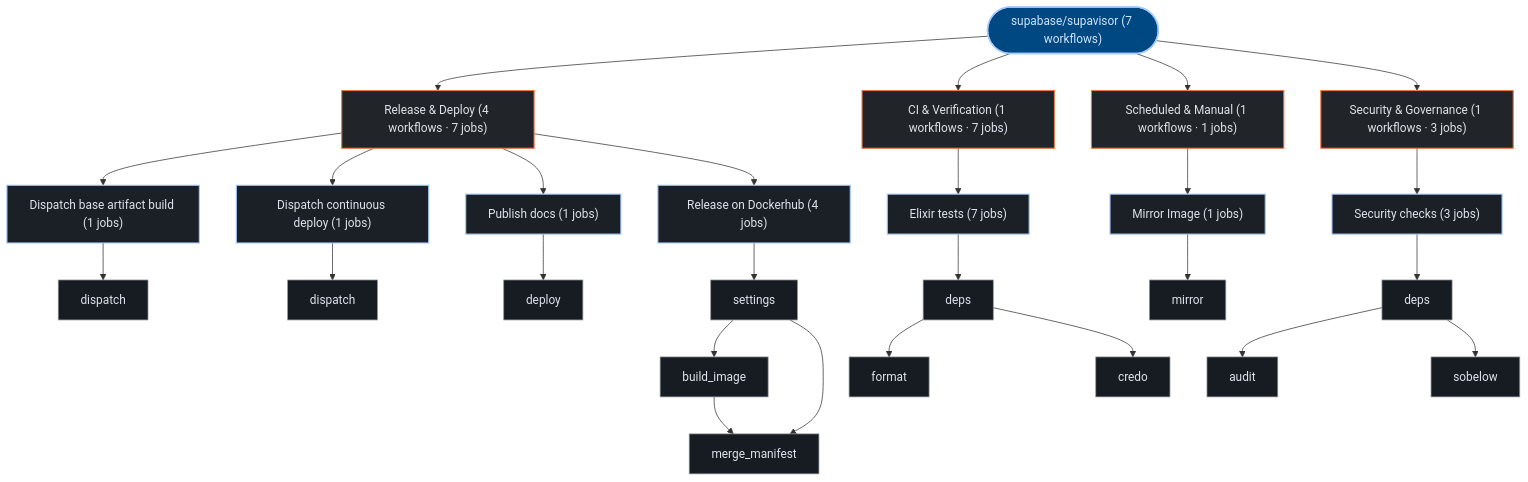
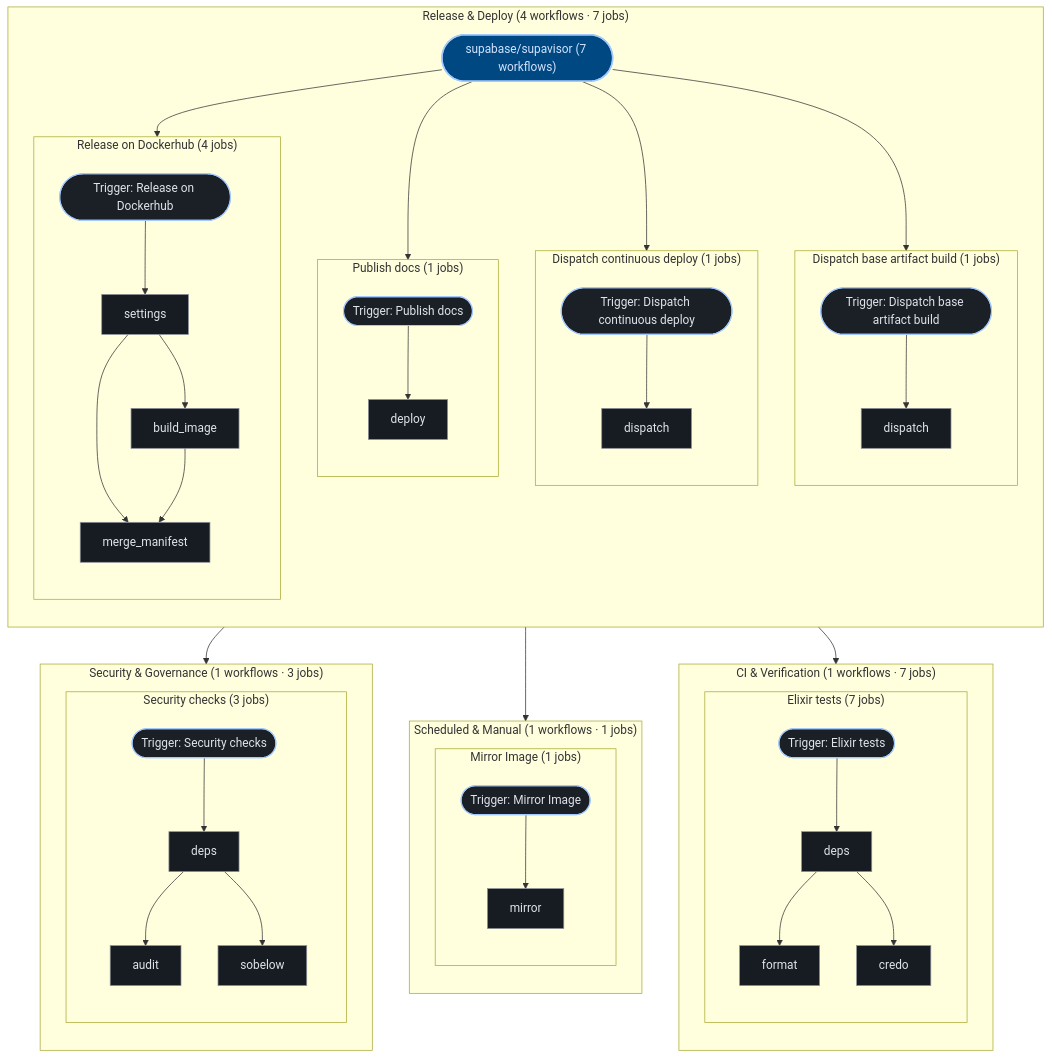
Before and after one commit to kumarshaz/atruss-code-atlas: the third of 3 diagrams in exports/latest/reports/supabase-supavisor-report.md, drawn with Mermaid. The commit also changed 181 other files, not shown here.

````diff
--- a/exports/latest/reports/supabase-supavisor-report.md
+++ b/exports/latest/reports/supabase-supavisor-report.md
@@ -314,53 +314,78 @@
   classDef atlasAlert fill:#93000a,stroke:#ffb4ab,stroke-width:1.5px,color:#ffdad6
   classDef atlasMore fill:#252a31,stroke:#8d9199,stroke-dasharray:4 4,color:#c3c6cf
   pipeline_root(["supabase/supavisor (7 workflows)"]):::atlasRoot
-  grp_0_Release___Deploy["Release & Deploy (4 workflows · 7 jobs)"]:::atlasCategory
-  pipeline_root --> grp_0_Release___Deploy
-  wf_0_Dispatch_base_artifact_build["Dispatch base artifact build (1 jobs)"]:::atlasWorkflow
-  grp_0_Release___Deploy --> wf_0_Dispatch_base_artifact_build
-  job_0_dispatch["dispatch"]:::atlasJob
-  wf_0_Dispatch_base_artifact_build --> job_0_dispatch
-  wf_1_Dispatch_continuous_deploy["Dispatch continuous deploy (1 jobs)"]:::atlasWorkflow
-  grp_0_Release___Deploy --> wf_1_Dispatch_continuous_deploy
-  job_1_dispatch["dispatch"]:::atlasJob
-  wf_1_Dispatch_continuous_deploy --> job_1_dispatch
-  wf_2_Publish_docs["Publish docs (1 jobs)"]:::atlasWorkflow
-  grp_0_Release___Deploy --> wf_2_Publish_docs
-  job_2_deploy["deploy"]:::atlasJob
-  wf_2_Publish_docs --> job_2_deploy
-  wf_5_Release_on_Dockerhub["Release on Dockerhub (4 jobs)"]:::atlasWorkflow
-  grp_0_Release___Deploy --> wf_5_Release_on_Dockerhub
-  job_5_settings["settings"]:::atlasJob
-  job_5_build_image["build_image"]:::atlasJob
-  job_5_merge_manifest["merge_manifest"]:::atlasJob
-  wf_5_Release_on_Dockerhub --> job_5_settings
-  job_5_settings --> job_5_build_image
-  job_5_settings --> job_5_merge_manifest
-  job_5_build_image --> job_5_merge_manifest
-  grp_1_CI___Verification["CI & Verification (1 workflows · 7 jobs)"]:::atlasCategory
-  pipeline_root --> grp_1_CI___Verification
-  wf_3_Elixir_tests["Elixir tests (7 jobs)"]:::atlasWorkflow
-  grp_1_CI___Verification --> wf_3_Elixir_tests
-  job_3_deps["deps"]:::atlasJob
-  job_3_format["format"]:::atlasJob
-  job_3_credo["credo"]:::atlasJob
-  wf_3_Elixir_tests --> job_3_deps
-  job_3_deps --> job_3_format
-  job_3_deps --> job_3_credo
-  grp_2_Scheduled___Manual["Scheduled & Manual (1 workflows · 1 jobs)"]:::atlasCategory
-  pipeline_root --> grp_2_Scheduled___Manual
-  wf_4_Mirror_Image["Mirror Image (1 jobs)"]:::atlasWorkflow
-  grp_2_Scheduled___Manual --> wf_4_Mirror_Image
-  job_4_mirror["mirror"]:::atlasJob
-  wf_4_Mirror_Image --> job_4_mirror
-  grp_3_Security___Governance["Security & Governance (1 workflows · 3 jobs)"]:::atlasCategory
-  pipeline_root --> grp_3_Security___Governance
-  wf_6_Security_checks["Security checks (3 jobs)"]:::atlasWorkflow
-  grp_3_Security___Governance --> wf_6_Security_checks
-  job_6_deps["deps"]:::atlasJob
-  job_6_audit["audit"]:::atlasJob
-  job_6_sobelow["sobelow"]:::atlasJob
-  wf_6_Security_checks --> job_6_deps
-  job_6_deps --> job_6_audit
-  job_6_deps --> job_6_sobelow
+  subgraph sg_grp_0_Release___Deploy["Release & Deploy (4 workflows · 7 jobs)"]
+    direction TB
+    subgraph sg_wf_0_Dispatch_base_artifact_build["Dispatch base artifact build (1 jobs)"]
+      direction TB
+      wf_0_Dispatch_base_artifact_build(["Trigger: Dispatch base artifact build"]):::atlasWorkflow
+      job_0_dispatch["dispatch"]:::atlasJob
+      wf_0_Dispatch_base_artifact_build --> job_0_dispatch
+    end
+    pipeline_root --> wf_0_Dispatch_base_artifact_build
+    subgraph sg_wf_1_Dispatch_continuous_deploy["Dispatch continuous deploy (1 jobs)"]
+      direction TB
+      wf_1_Dispatch_continuous_deploy(["Trigger: Dispatch continuous deploy"]):::atlasWorkflow
+      job_1_dispatch["dispatch"]:::atlasJob
+      wf_1_Dispatch_continuous_deploy --> job_1_dispatch
+    end
+    pipeline_root --> wf_1_Dispatch_continuous_deploy
+    subgraph sg_wf_2_Publish_docs["Publish docs (1 jobs)"]
+      direction TB
+      wf_2_Publish_docs(["Trigger: Publish docs"]):::atlasWorkflow
+      job_2_deploy["deploy"]:::atlasJob
+      wf_2_Publish_docs --> job_2_deploy
+    end
+    pipeline_root --> wf_2_Publish_docs
+    subgraph sg_wf_5_Release_on_Dockerhub["Release on Dockerhub (4 jobs)"]
+      direction TB
+      wf_5_Release_on_Dockerhub(["Trigger: Release on Dockerhub"]):::atlasWorkflow
+      job_5_settings["settings"]:::atlasJob
+      job_5_build_image["build_image"]:::atlasJob
+      job_5_merge_manifest["merge_manifest"]:::atlasJob
+      wf_5_Release_on_Dockerhub --> job_5_settings
+      job_5_settings --> job_5_build_image
+      job_5_settings --> job_5_merge_manifest
+      job_5_build_image --> job_5_merge_manifest
+    end
+    pipeline_root --> wf_5_Release_on_Dockerhub
+  end
+  subgraph sg_grp_1_CI___Verification["CI & Verification (1 workflows · 7 jobs)"]
+    direction TB
+    subgraph sg_wf_3_Elixir_tests["Elixir tests (7 jobs)"]
+      direction TB
+      wf_3_Elixir_tests(["Trigger: Elixir tests"]):::atlasWorkflow
+      job_3_deps["deps"]:::atlasJob
+      job_3_format["format"]:::atlasJob
+      job_3_credo["credo"]:::atlasJob
+      wf_3_Elixir_tests --> job_3_deps
+      job_3_deps --> job_3_format
+      job_3_deps --> job_3_credo
+    end
+    pipeline_root --> wf_3_Elixir_tests
+  end
+  subgraph sg_grp_2_Scheduled___Manual["Scheduled & Manual (1 workflows · 1 jobs)"]
+    direction TB
+    subgraph sg_wf_4_Mirror_Image["Mirror Image (1 jobs)"]
+      direction TB
+      wf_4_Mirror_Image(["Trigger: Mirror Image"]):::atlasWorkflow
+      job_4_mirror["mirror"]:::atlasJob
+      wf_4_Mirror_Image --> job_4_mirror
+    end
+    pipeline_root --> wf_4_Mirror_Image
+  end
+  subgraph sg_grp_3_Security___Governance["Security & Governance (1 workflows · 3 jobs)"]
+    direction TB
+    subgraph sg_wf_6_Security_checks["Security checks (3 jobs)"]
+      direction TB
+      wf_6_Security_checks(["Trigger: Security checks"]):::atlasWorkflow
+      job_6_deps["deps"]:::atlasJob
+      job_6_audit["audit"]:::atlasJob
+      job_6_sobelow["sobelow"]:::atlasJob
+      wf_6_Security_checks --> job_6_deps
+      job_6_deps --> job_6_audit
+      job_6_deps --> job_6_sobelow
+    end
+    pipeline_root --> wf_6_Security_checks
+  end
 ```
````
